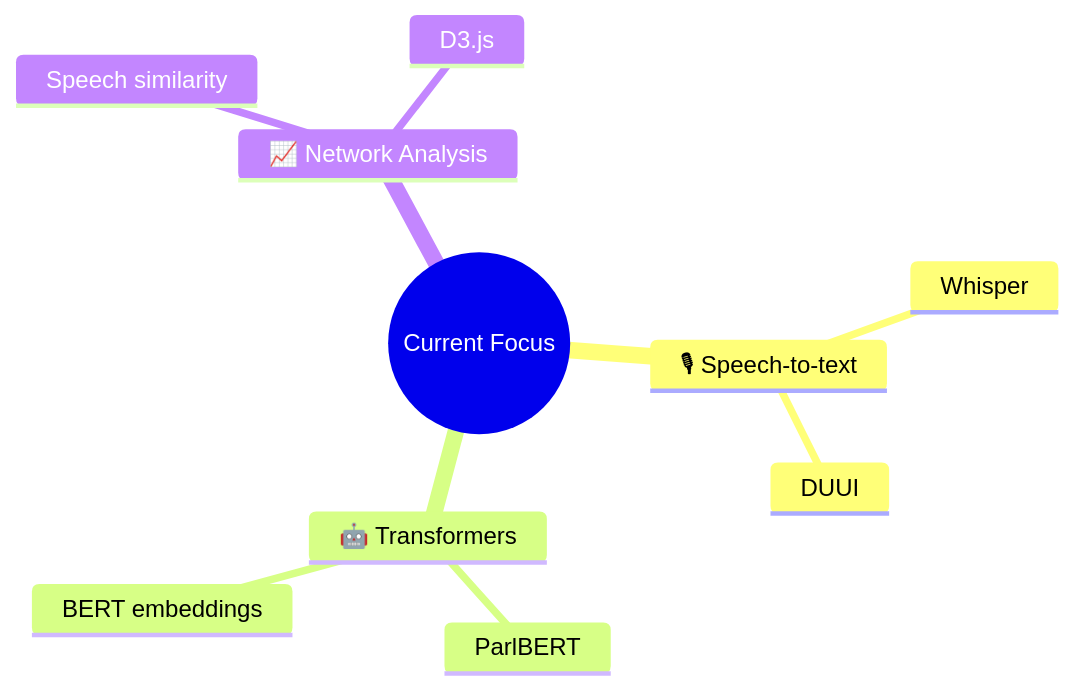
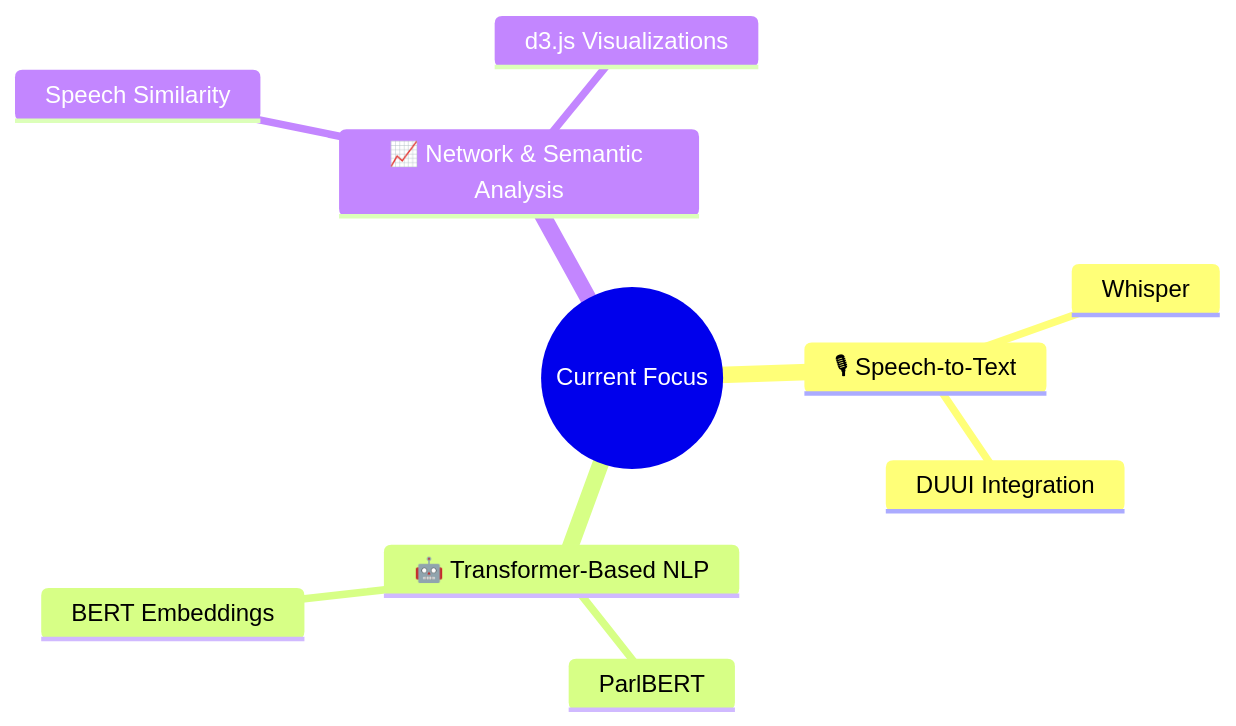
The diagram in README.md (SolomonM-Kebede/SolomonM-Kebede), drawn with Mermaid before and after one commit.

````diff
--- a/README.md
+++ b/README.md
@@ -91,13 +91,13 @@
 ```mermaid
 mindmap
   root((Current Focus))
-    🎙 Speech-to-text
+    🎙 Speech-to-Text
       Whisper
-      DUUI
-    🤖 Transformers
+      DUUI Integration
+    🤖 Transformer-Based NLP
       ParlBERT
-      BERT embeddings
-    📈 Network Analysis
-      Speech similarity
-      D3.js
+      BERT Embeddings
+    📈 Network & Semantic Analysis
+      Speech Similarity
+      d3.js Visualizations
 ```
````
